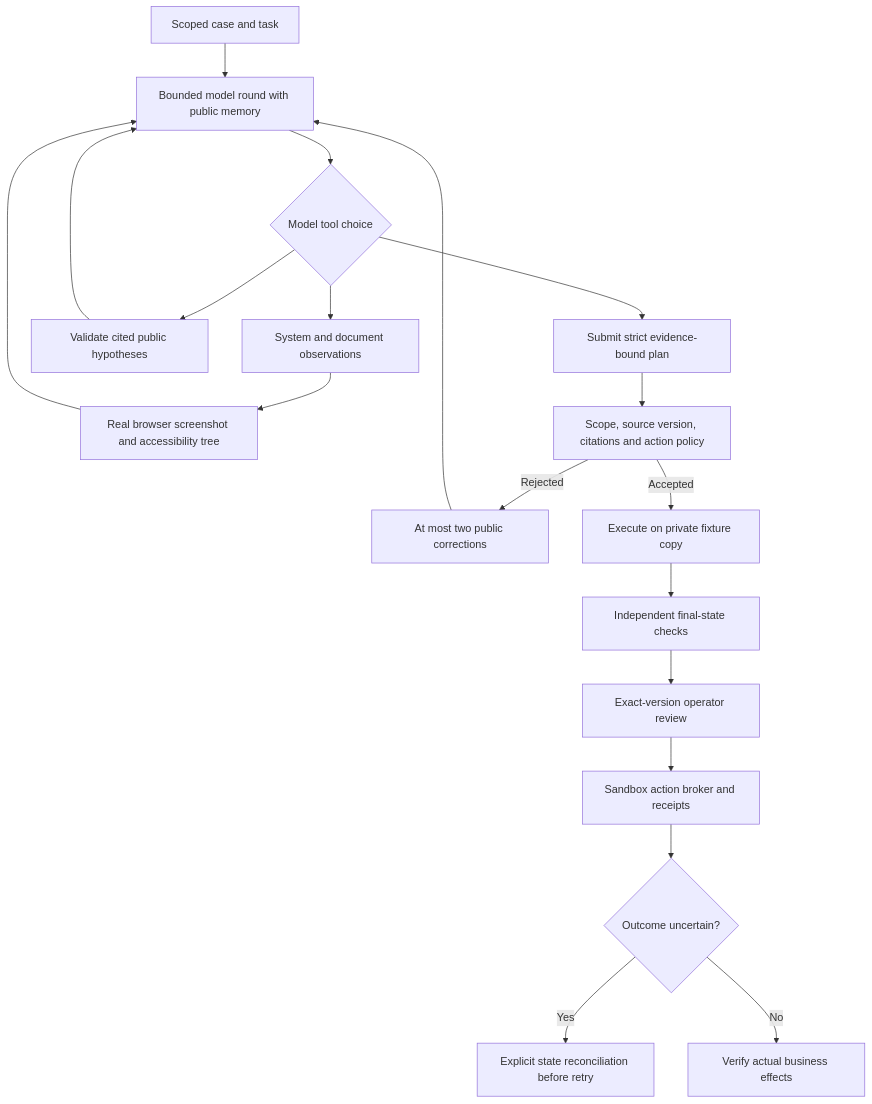
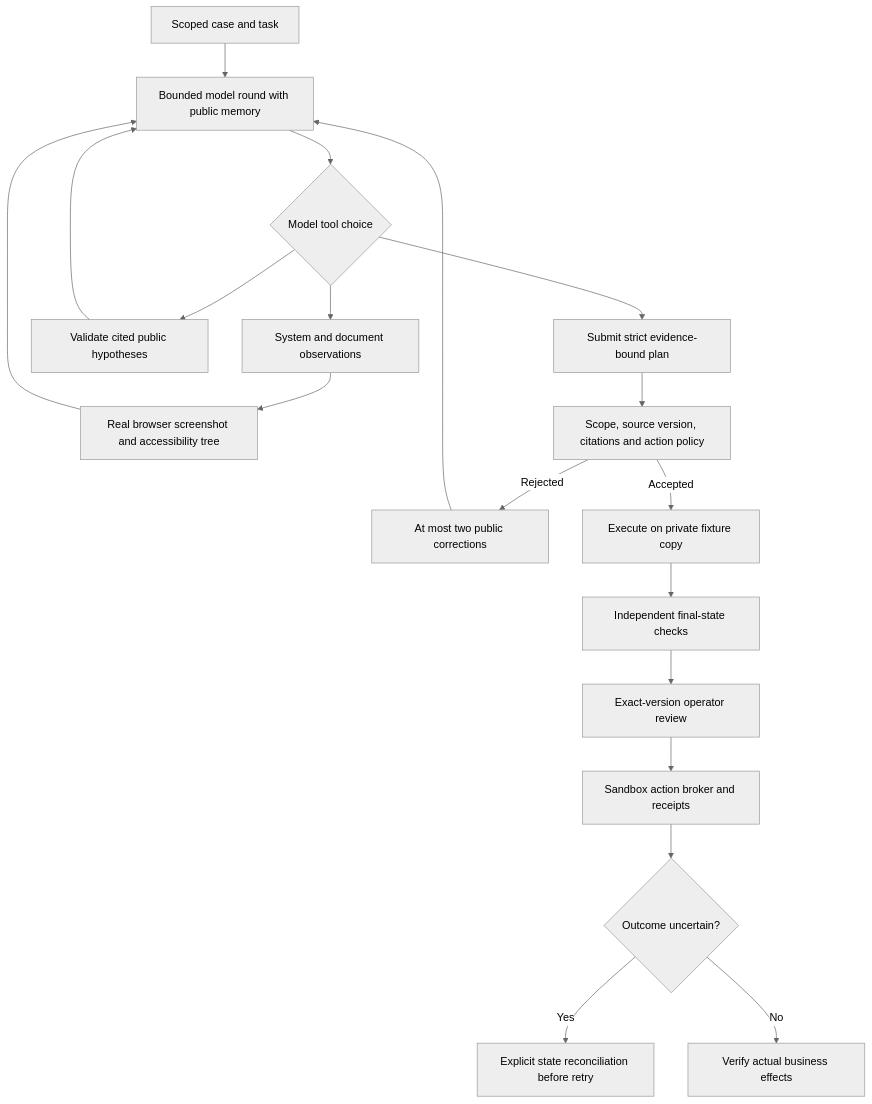
The diagram in README.md (Akhilesh-Vangala/relayops), drawn with Mermaid before and after one commit. The commit also changed other lines of this file and 15 other files, not shown here.

Commit message:
docs(readme): present agent architecture and operator evidence

````diff
--- a/README.md
+++ b/README.md
@@ -25,21 +65,22 @@
 ```mermaid
+%%{init: {"theme": "neutral"}}%%
 flowchart TD
     Goal[Scoped case and task] --> Model[Bounded model round with public memory]
     Model --> Choice{Model tool choice}
     Choice --> Observe[System and document observations]
     Observe --> Pixels[Real browser screenshot and accessibility tree]
     Pixels --> Model
     Choice --> Memory[Validate cited public hypotheses]
     Memory --> Model
     Choice --> Plan[Submit strict evidence-bound plan]
     Plan --> Public[Scope, source version, citations and action policy]
     Public -->|Rejected| Feedback[At most two public corrections]
     Feedback --> Model
     Public -->|Accepted| Simulate[Execute on private fixture copy]
     Simulate --> Verify[Independent final-state checks]
     Verify --> Review[Exact-version operator review]
     Review --> Execute[Sandbox action broker and receipts]
     Execute --> Unknown{Outcome uncertain?}
     Unknown -->|Yes| Reconcile[Explicit state reconciliation before retry]
     Unknown -->|No| Final[Verify actual business effects]
 ```
````
